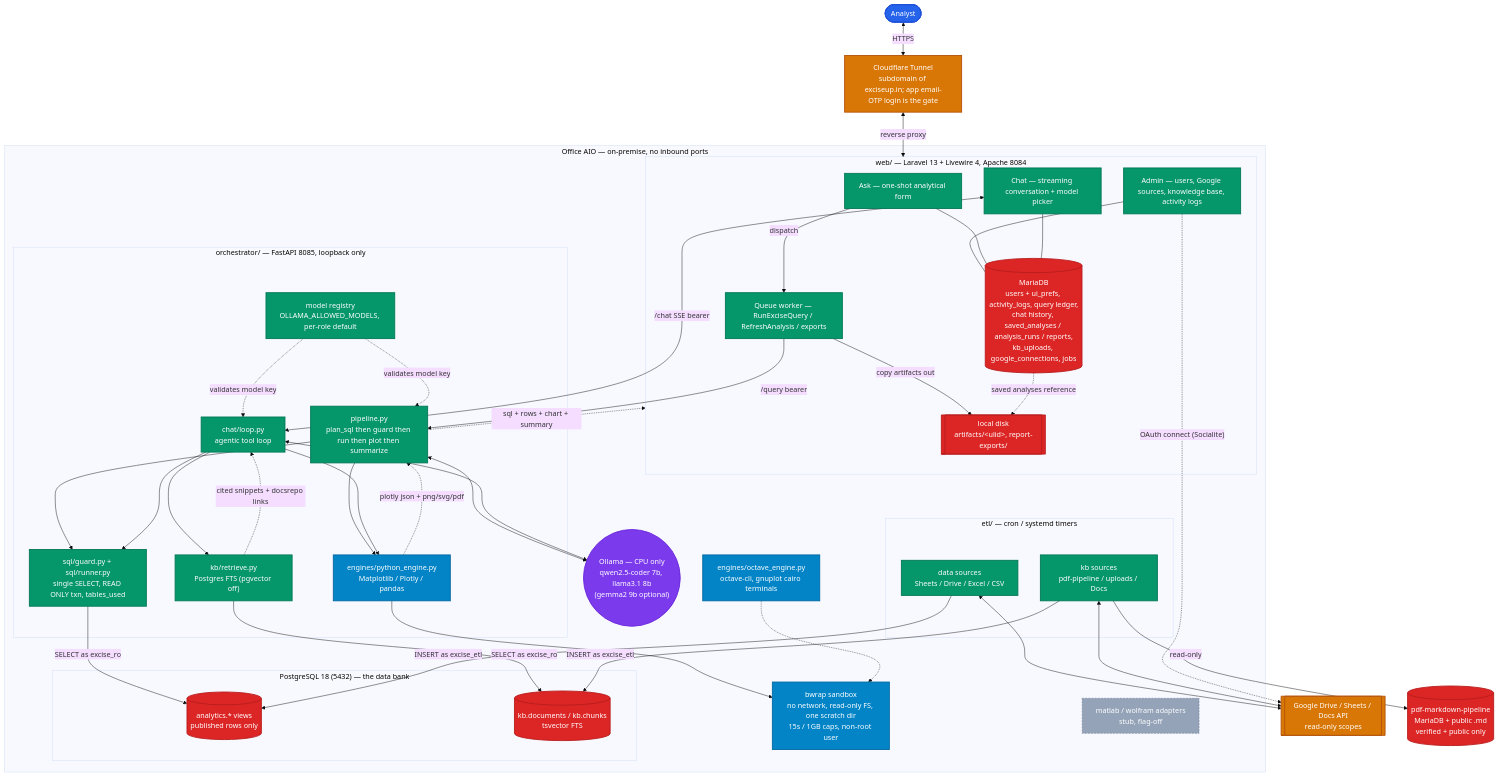
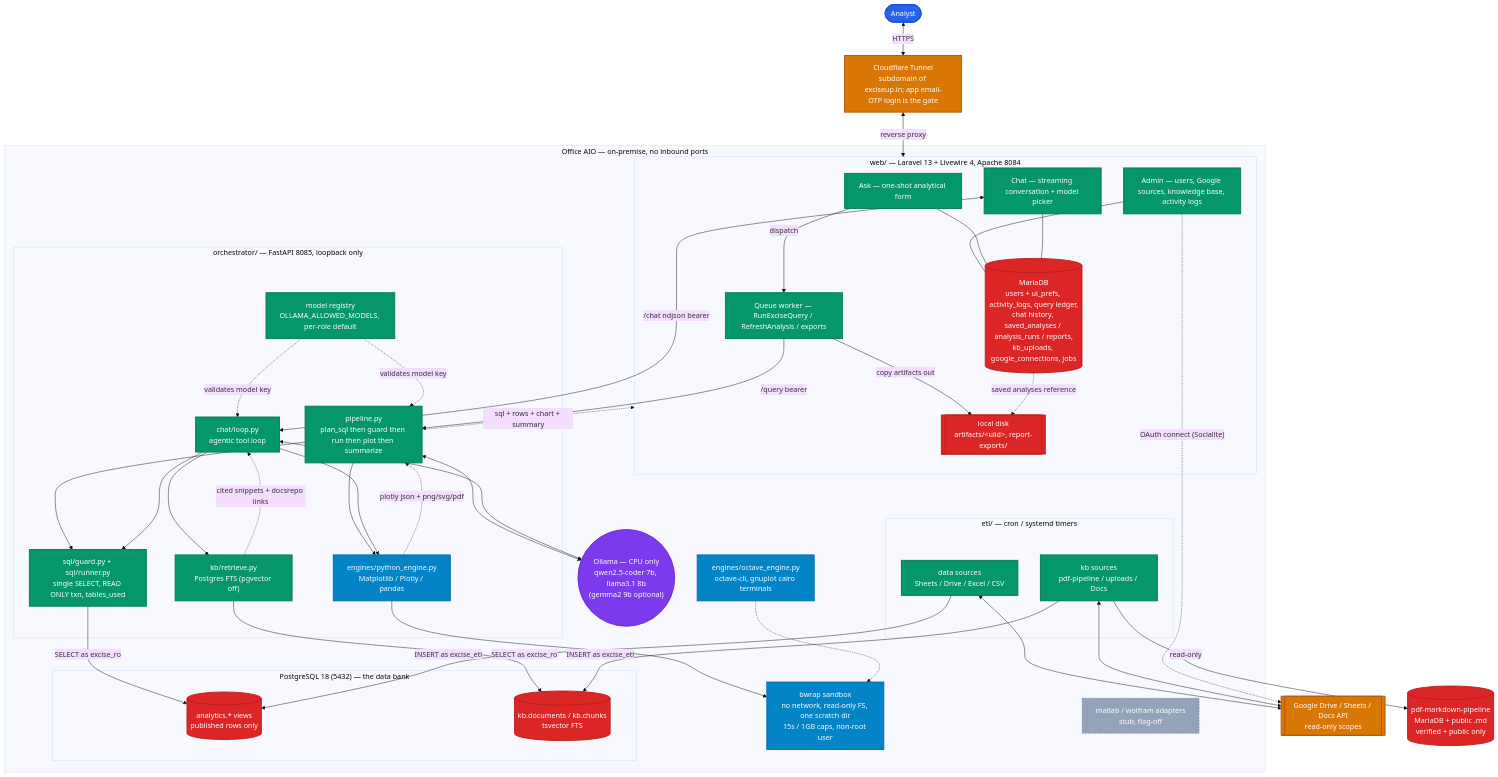
Before and after one commit to SubhanRaj/excise-mcp-dashboard: the second of 7 diagrams in ARCHITECTURE.md, drawn with Mermaid (base theme). The commit also changed other lines of this file and 6 other files, not shown here.

```diff
--- a/ARCHITECTURE.md
+++ b/ARCHITECTURE.md
@@ -316,7 +323,7 @@
     CF <-->|reverse proxy| WebTier
     Ask -->|dispatch| Queue
     Queue -->|"/query bearer"| OneShot
-    Chat <-->|"/chat SSE bearer"| Loop
+    Chat <-->|"/chat ndjson bearer"| Loop
     Admin --- MDB
     Ask --- MDB
     Chat --- MDB
```
